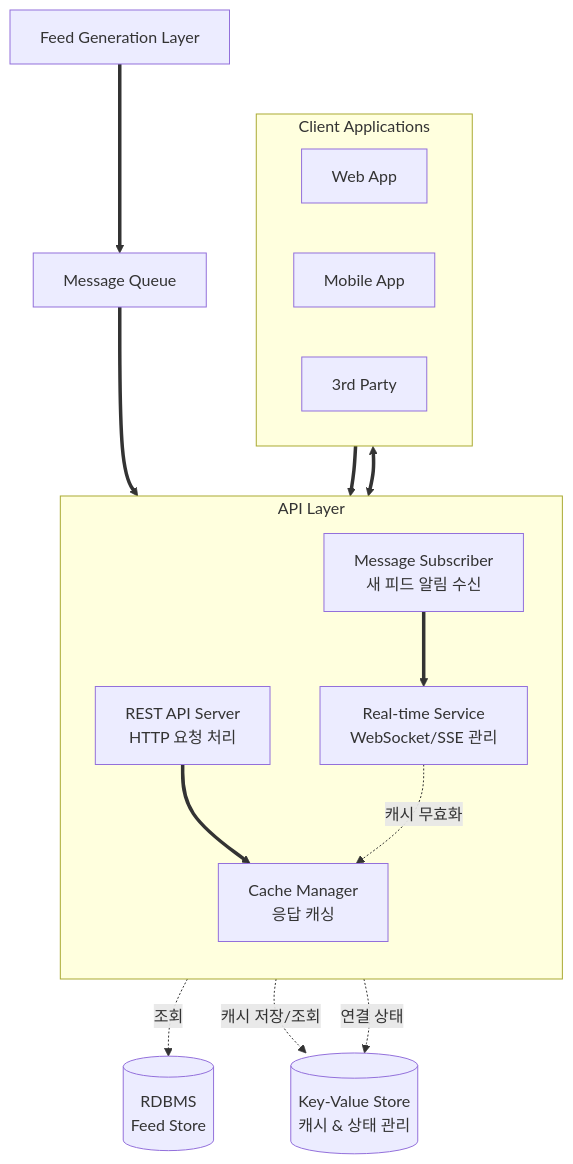
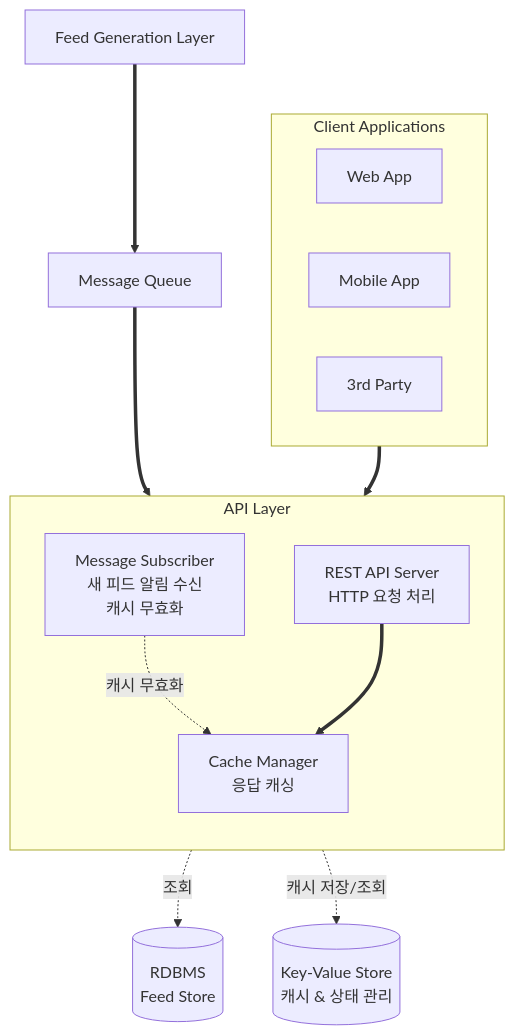
Before and after one commit to Trump-Scan/.github: the diagram in 5.ApiDesign.md, drawn with Mermaid. The commit also changed other lines of this file, not shown here.

````diff
--- a/5.ApiDesign.md
+++ b/5.ApiDesign.md
@@ -44,36 +44,32 @@
 ```mermaid
 graph TB
     FGL[Feed Generation Layer]
     MQ[Message Queue]
     
     subgraph api[API Layer]
         direction TB
-        MS[Message Subscriber<br/>새 피드 알림 수신]
+        MS[Message Subscriber<br/>새 피드 알림 수신<br/>캐시 무효화]
         RS[REST API Server<br/>HTTP 요청 처리]
-        RT[Real-time Service<br/>WebSocket/SSE 관리]
         CM[Cache Manager<br/>응답 캐싱]
         
-        MS ==> RT
+        MS -.캐시 무효화.-> CM
         RS ==> CM
-        RT -.캐시 무효화.-> CM
     end
     
     subgraph clients[Client Applications]
         WEB[Web App]
         MOB[Mobile App]
         TPD[3rd Party]
     end
     
     RDB[(RDBMS<br/>Feed Store)]
     KV[(Key-Value Store<br/>캐시 & 상태 관리)]
     
     FGL ==> MQ
     MQ ==> MS
     
     clients ==> RS
-    clients <==> RT
     
     RS -.조회.-> RDB
     CM -.캐시 저장/조회.-> KV
-    RT -.연결 상태.-> KV
 ```
````
